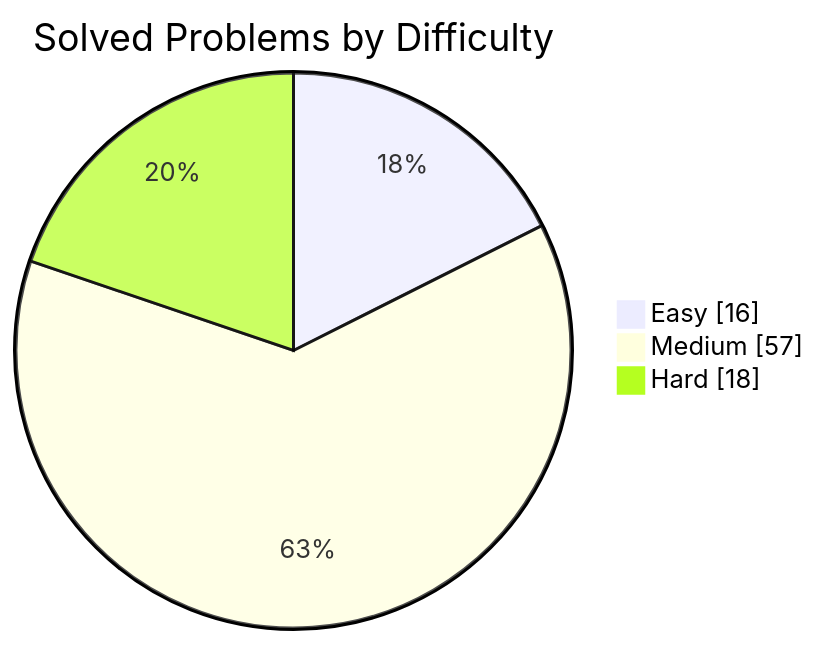
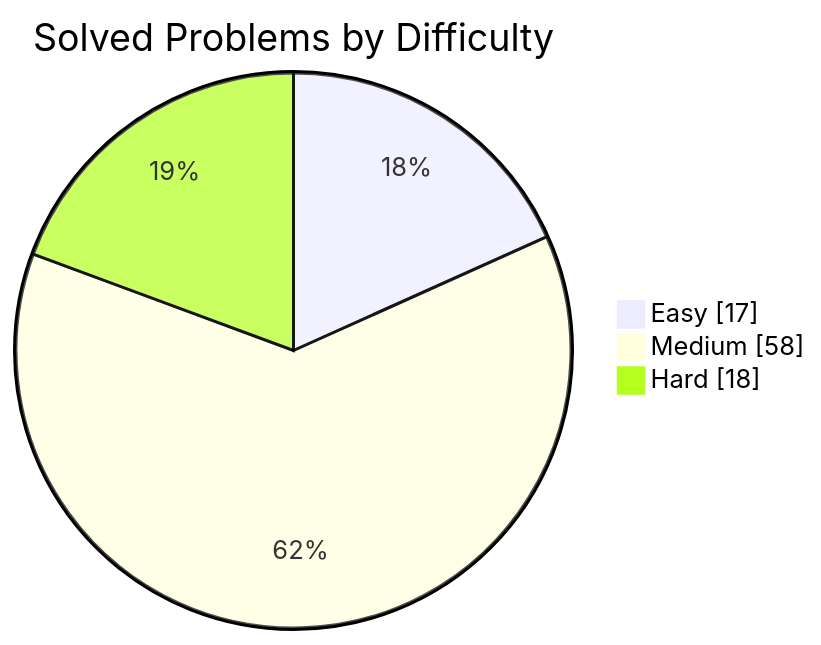
The first of 2 diagrams in README.md (manikantbindass/DSA-Preparation-FAANG), drawn with Mermaid before and after one commit. The commit also changed other lines of this file, not shown here.

````diff
--- a/README.md
+++ b/README.md
@@ -38,7 +38,7 @@
 ```mermaid
 pie showData
     title Solved Problems by Difficulty
-    "Easy" : 16
-    "Medium" : 57
+    "Easy" : 17
+    "Medium" : 58
     "Hard" : 18
 ```
````
